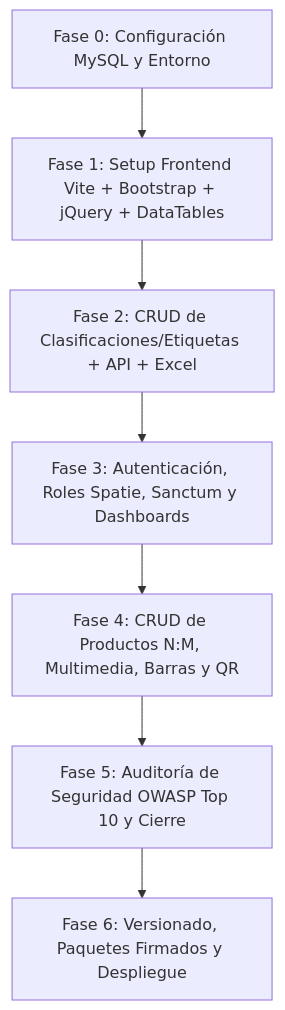
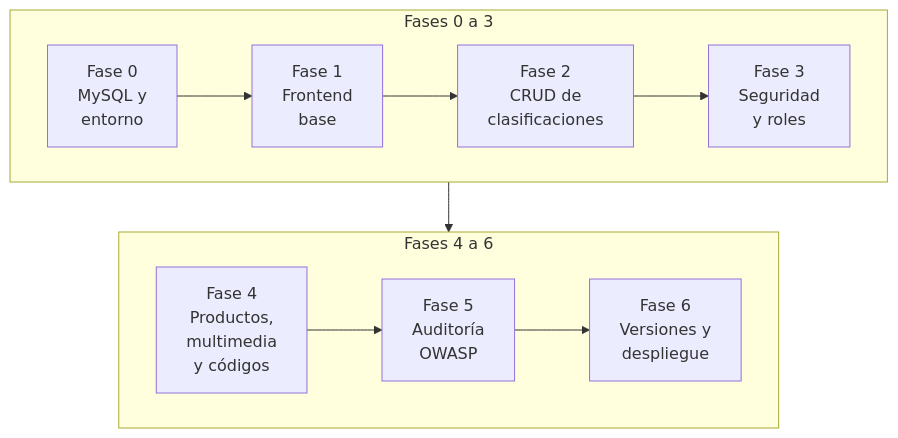
Before and after one commit to amendezm2009/proy03armando: the first of 2 diagrams in README.md, drawn with Mermaid. The commit also changed other lines of this file and 18 other files, not shown here.

````diff
--- a/README.md
+++ b/README.md
@@ -37,9 +74,15 @@
 ```mermaid
-flowchart TD
-    F0[Fase 0: Configuración MySQL y Entorno] --> F1[Fase 1: Setup Frontend Vite + Bootstrap + jQuery + DataTables]
-    F1 --> F2[Fase 2: CRUD de Clasificaciones/Etiquetas + API + Excel]
-    F2 --> F3[Fase 3: Autenticación, Roles Spatie, Sanctum y Dashboards]
-    F3 --> F4[Fase 4: CRUD de Productos N:M, Multimedia, Barras y QR]
-    F4 --> F5[Fase 5: Auditoría de Seguridad OWASP Top 10 y Cierre]
-    F5 --> F6[Fase 6: Versionado, Paquetes Firmados y Despliegue]
+flowchart TB
+    subgraph R1["Fases 0 a 3"]
+        direction LR
+        F0["Fase 0<br/>MySQL y<br/>entorno"] --> F1["Fase 1<br/>Frontend<br/>base"]
+        F1 --> F2["Fase 2<br/>CRUD de<br/>clasificaciones"]
+        F2 --> F3["Fase 3<br/>Seguridad<br/>y roles"]
+    end
+    subgraph R2["Fases 4 a 6"]
+        direction LR
+        F4["Fase 4<br/>Productos,<br/>multimedia<br/>y códigos"] --> F5["Fase 5<br/>Auditoría<br/>OWASP"]
+        F5 --> F6["Fase 6<br/>Versiones y<br/>despliegue"]
+    end
+    R1 --> R2
 ```
````
